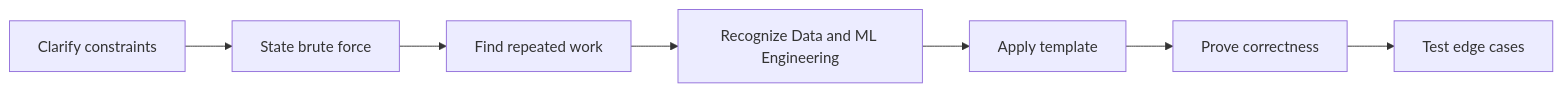
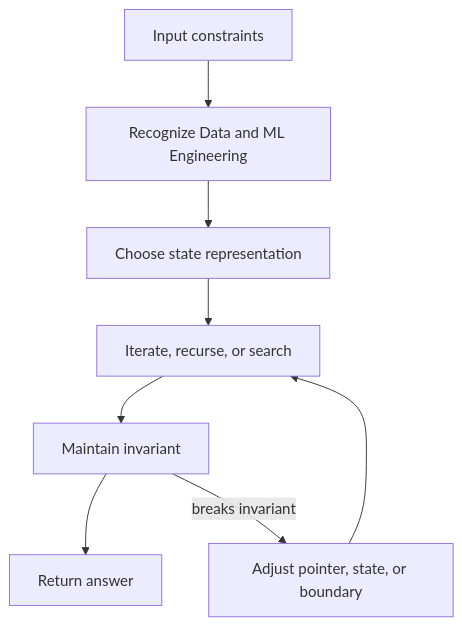
The second of 2 diagrams in coding-round/company-tracks/data-and-ml-engineering/index.md (abstractinterviews/abstractinterviews.github.io), drawn with Mermaid before and after one commit. The commit also changed other lines of this file and 278 other files, not shown here.

````diff
--- a/coding-round/company-tracks/data-and-ml-engineering/index.md
+++ b/coding-round/company-tracks/data-and-ml-engineering/index.md
@@ -123,9 +121,10 @@
-~~~mermaid
-flowchart LR
-    A["Clarify constraints"] --> B["State brute force"]
-    B --> C["Find repeated work"]
-    C --> D["Recognize Data and ML Engineering"]
-    D --> E["Apply template"]
-    E --> F["Prove correctness"]
-    F --> G["Test edge cases"]
-~~~
+```mermaid
+flowchart TD
+    Input["Input constraints"] --> Pattern["Recognize Data and ML Engineering"]
+    Pattern --> State["Choose state representation"]
+    State --> Iterate["Iterate, recurse, or search"]
+    Iterate --> Check["Maintain invariant"]
+    Check --> Result["Return answer"]
+    Check -->|breaks invariant| Fix["Adjust pointer, state, or boundary"]
+    Fix --> Iterate
+```
````
